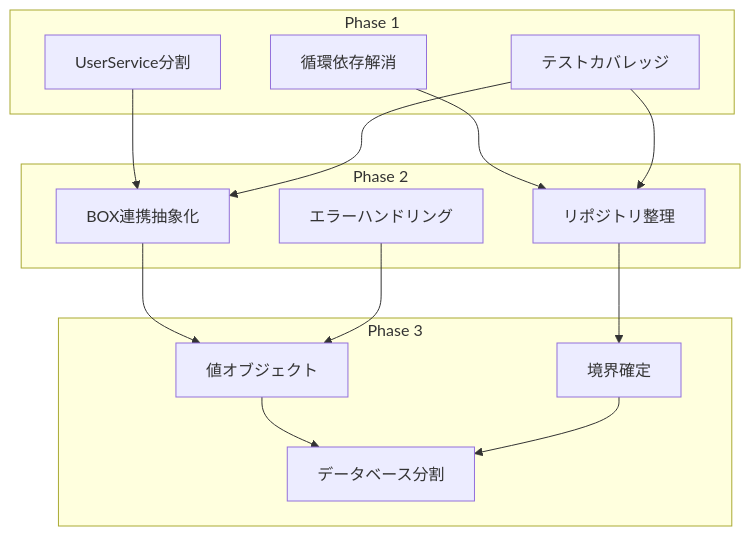
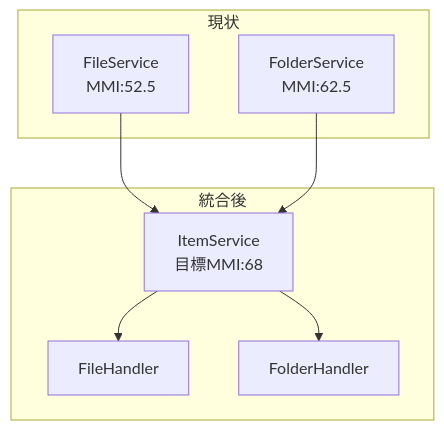
Before and after one commit to wfukatsu/refactoring-agent-for-claude-code: the third of 4 diagrams in reports/02_evaluation/mmi-improvement-plan.md, drawn with Mermaid. The commit also changed other lines of this file and 26 other files, not shown here.

````diff
--- a/reports/02_evaluation/mmi-improvement-plan.md
+++ b/reports/02_evaluation/mmi-improvement-plan.md
@@ -340,32 +138,18 @@
 ```mermaid
 graph TD
-    subgraph "Phase 1"
-        P1_1[UserService分割]
-        P1_2[循環依存解消]
-        P1_3[テストカバレッジ]
+    subgraph "現状"
+        FS[FileService<br/>MMI:52.5]
+        FOS[FolderService<br/>MMI:62.5]
     end
-
-    subgraph "Phase 2"
-        P2_1[BOX連携抽象化]
-        P2_2[リポジトリ整理]
-        P2_3[エラーハンドリング]
+    
+    subgraph "統合後"
+        IS[ItemService<br/>目標MMI:68]
+        FH[FileHandler]
+        FOH[FolderHandler]
     end
-
-    subgraph "Phase 3"
-        P3_1[値オブジェクト]
-        P3_2[境界確定]
-        P3_3[データベース分割]
-    end
-
-    P1_1 --> P2_1
-    P1_2 --> P2_2
-    P1_3 --> P2_1
-    P1_3 --> P2_2
-
-    P2_1 --> P3_1
-    P2_2 --> P3_2
-    P2_3 --> P3_1
-
-    P3_1 --> P3_3
-    P3_2 --> P3_3
+    
+    FS --> IS
+    FOS --> IS
+    IS --> FH
+    IS --> FOH
 ```
````
